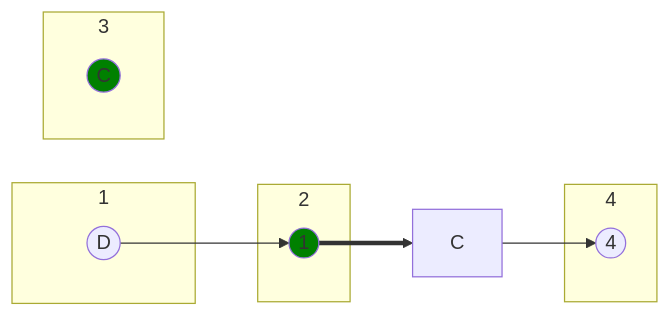
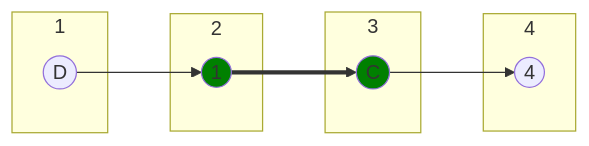
Before and after one commit to algos-ris-24-3/manual-tasks: the eighth of 12 diagrams in Задание 8/girls.md, drawn with Mermaid.

Commit message:
girls.md

````diff
--- a/Задание 8/girls.md
+++ b/Задание 8/girls.md
@@ -224,19 +224,19 @@
 ```mermaid
 graph LR
     subgraph " 1 "
         D((D))
     end
     subgraph " 2 "
         1((1))
     end
     subgraph " 3 "
         C((C))
     end
     subgraph " 4 "
         4((4))
     end
-    D --> 1 ==> С --> 4
+    D --> 1 ==> C --> 4
 
     style C fill:#008000
     style 1 fill:#008000
 ```
````
